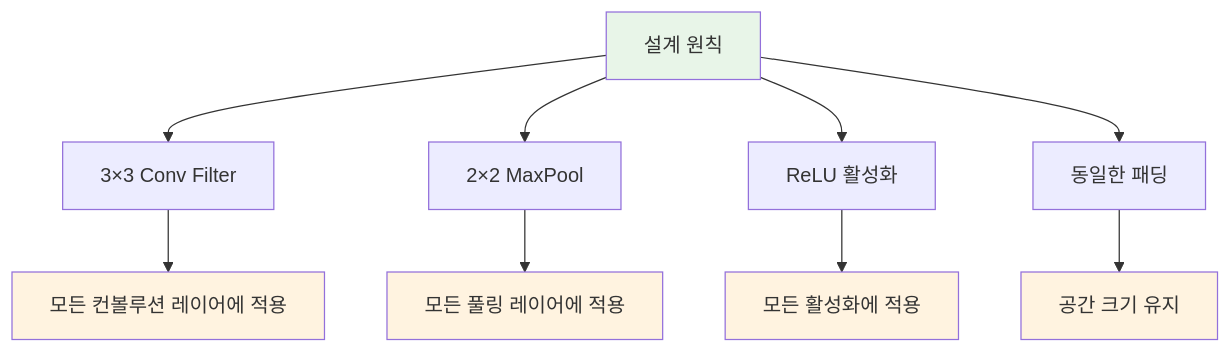
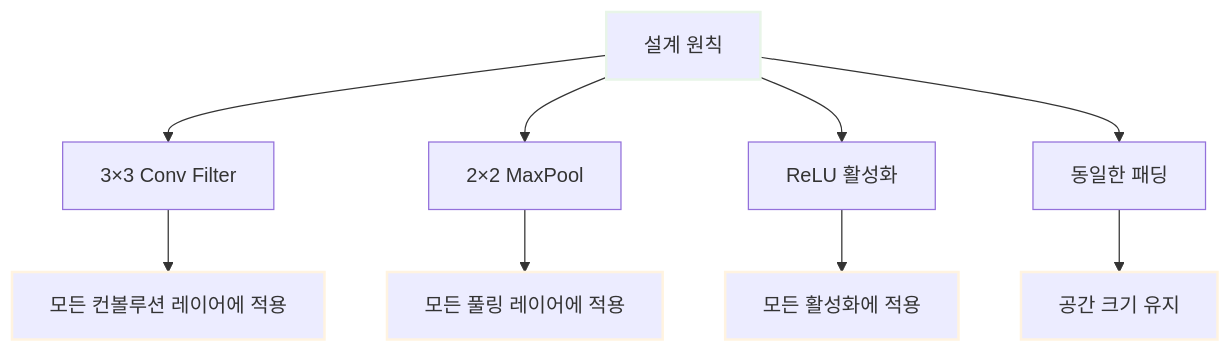
Before and after one commit to c0z0c/sprint_mission: the sixth of 10 diagrams in 스터디/VGGNet_02.md, drawn with Mermaid. The commit also changed other lines of this file and 14 other files, not shown here.

````diff
--- a/스터디/VGGNet_02.md
+++ b/스터디/VGGNet_02.md
@@ -284,18 +284,18 @@
 ```mermaid
 graph TD
     A["설계 원칙"] --> B["3×3 Conv Filter"]
     A --> C["2×2 MaxPool"]
     A --> D["ReLU 활성화"]
     A --> E["동일한 패딩"]
     
     B --> F["모든 컨볼루션 레이어에 적용"]
     C --> G["모든 풀링 레이어에 적용"]
     D --> H["모든 활성화에 적용"]
     E --> I["공간 크기 유지"]
     
-    style A fill:#e8f5e8
-    style F fill:#fff3e0
-    style G fill:#fff3e0
-    style H fill:#fff3e0
-    style I fill:#fff3e0
+    style A stroke-width:2px,stroke:#e8f5e8
+    style F stroke-width:2px,stroke:#fff3e0
+    style G stroke-width:2px,stroke:#fff3e0
+    style H stroke-width:2px,stroke:#fff3e0
+    style I stroke-width:2px,stroke:#fff3e0
 ```
````
